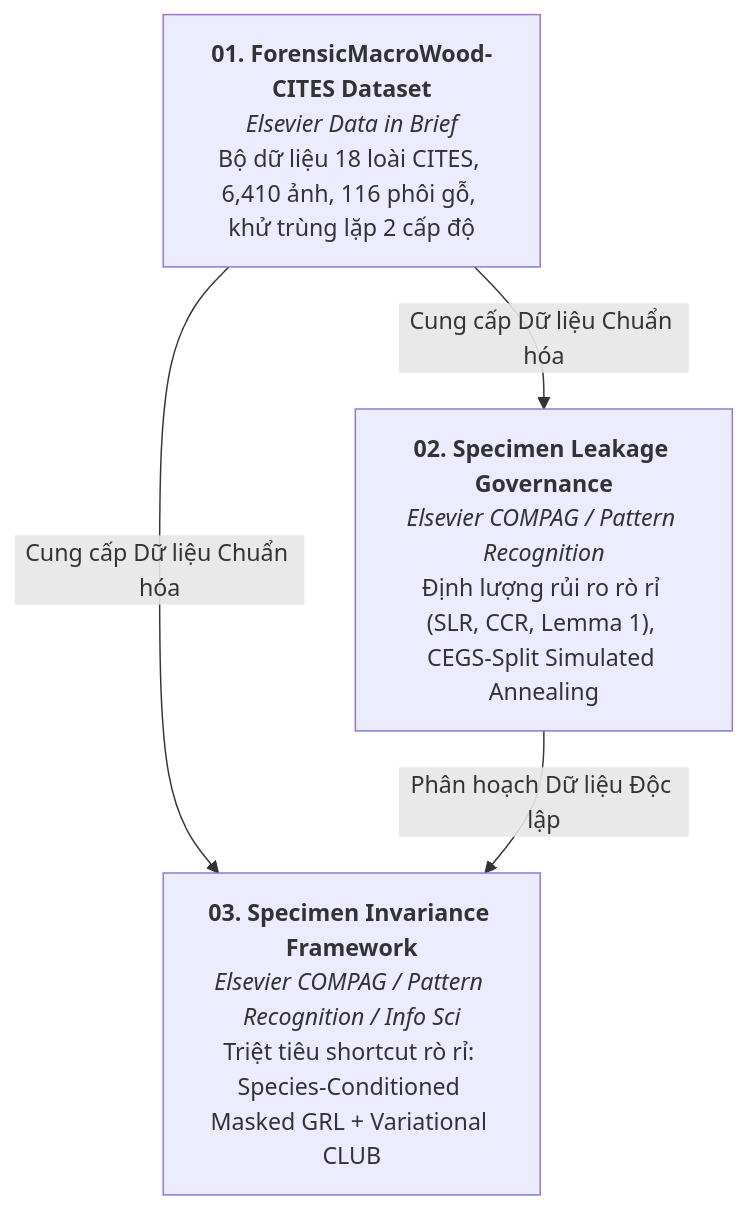
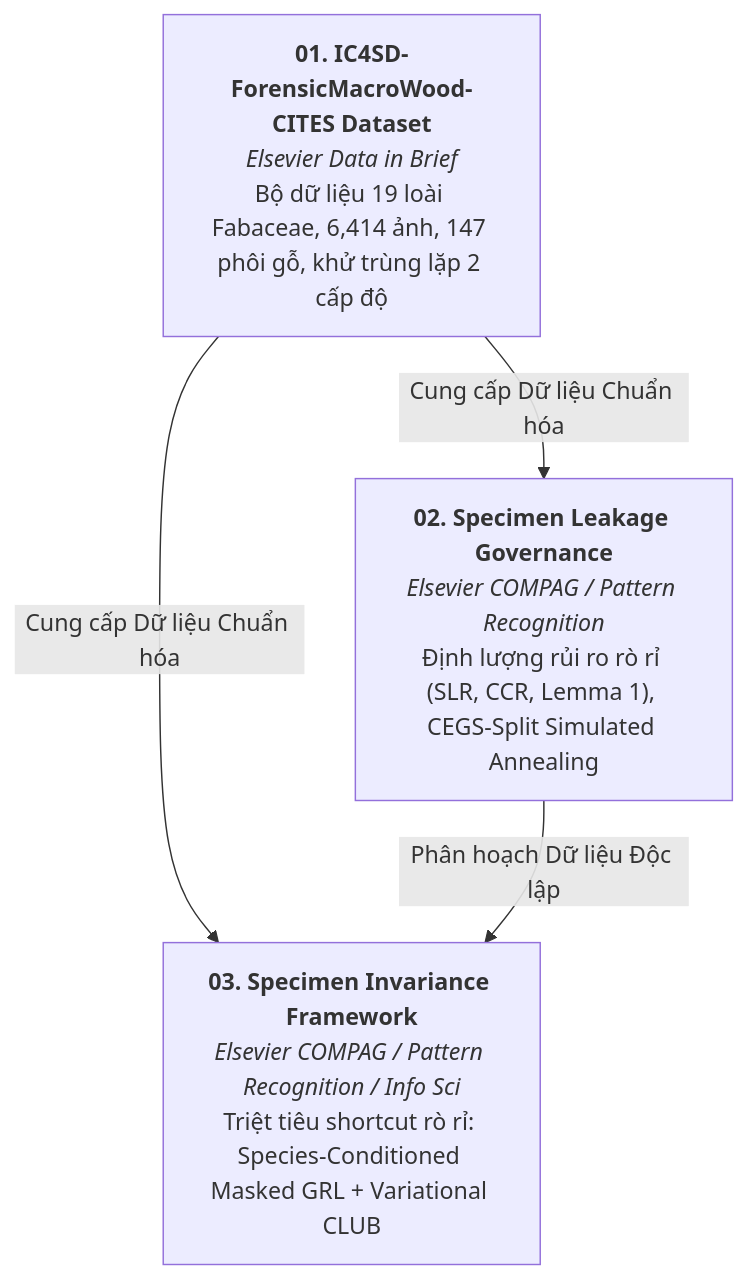
One commit to vietanhlee/S3 changed the diagram in README.md. Above: the diagram before and after it, drawn with Mermaid. The commit also changed other lines of this file and 8 other files, not shown here.

Commit message:
refactor(naming): standardize dataset naming to IC4SD-ForensicMacroWood-CITES across manuscripts and codebase

````diff
--- a/README.md
+++ b/README.md
@@ -15,10 +15,10 @@
 ```mermaid
 graph TD
-    Data["<b>01. ForensicMacroWood-CITES Dataset</b><br/><i>Elsevier Data in Brief</i><br/>Bộ dữ liệu 18 loài CITES, 6,410 ảnh, 116 phôi gỗ, khử trùng lặp 2 cấp độ"]
+    Data["<b>01. IC4SD-ForensicMacroWood-CITES Dataset</b><br/><i>Elsevier Data in Brief</i><br/>Bộ dữ liệu 19 loài Fabaceae, 6,414 ảnh, 147 phôi gỗ, khử trùng lặp 2 cấp độ"]
     Paper1["<b>02. Specimen Leakage Governance</b><br/><i>Elsevier COMPAG / Pattern Recognition</i><br/>Định lượng rủi ro rò rỉ (SLR, CCR, Lemma 1), CEGS-Split Simulated Annealing"]
     Paper2["<b>03. Specimen Invariance Framework</b><br/><i>Elsevier COMPAG / Pattern Recognition / Info Sci</i><br/>Triệt tiêu shortcut rò rỉ: Species-Conditioned Masked GRL + Variational CLUB"]
 
     Data -->|Cung cấp Dữ liệu Chuẩn hóa| Paper1
     Data -->|Cung cấp Dữ liệu Chuẩn hóa| Paper2
     Paper1 -->|Phân hoạch Dữ liệu Độc lập| Paper2
 ```
````
